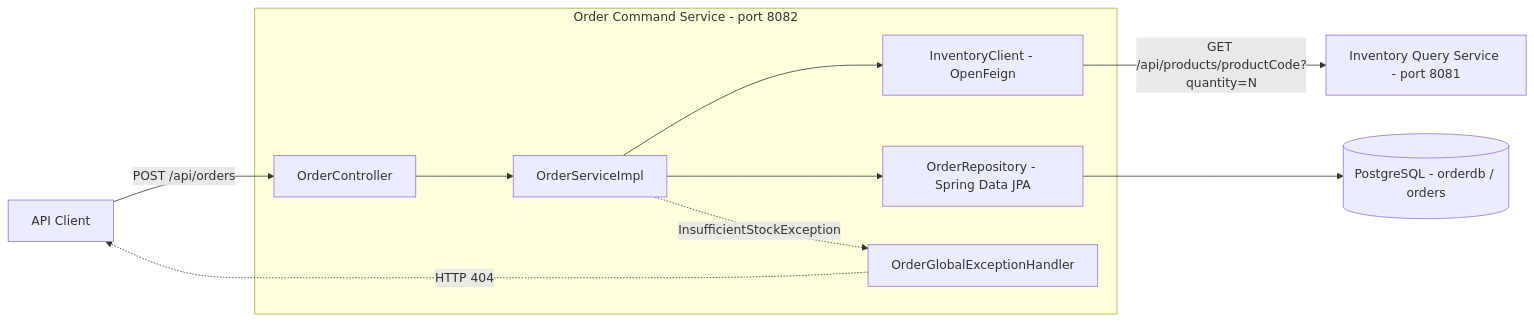
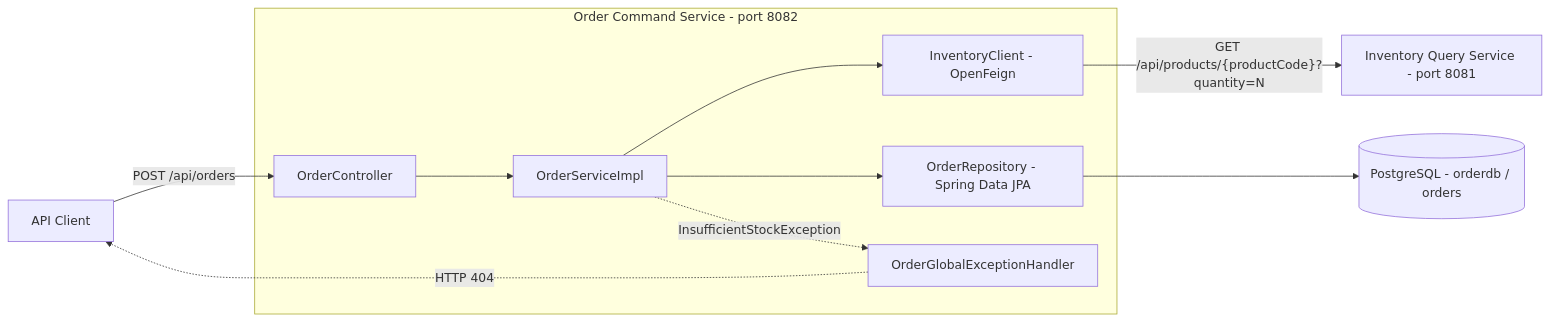
Before and after one commit to janandlead/Order-Command-Service: the first of 2 diagrams in README.md, drawn with Mermaid.

Commit message:
docs: fix architecture diagram Mermaid syntax

````diff
--- a/README.md
+++ b/README.md
@@ -22,14 +22,14 @@
 ```mermaid
 flowchart LR
-    Caller[API Client] -->|POST /api/orders| Controller[OrderController]
-    subgraph Order Command Service - port 8082
-        Controller --> Service[OrderServiceImpl]
-        Service --> Feign[InventoryClient - OpenFeign]
-        Service --> Repository[OrderRepository - Spring Data JPA]
-        Handler[OrderGlobalExceptionHandler]
-        Service -. InsufficientStockException .-> Handler
+    Caller["API Client"] -->|"POST /api/orders"| Controller["OrderController"]
+    subgraph OrderServiceApp ["Order Command Service - port 8082"]
+        Controller --> Service["OrderServiceImpl"]
+        Service --> Feign["InventoryClient - OpenFeign"]
+        Service --> Repository["OrderRepository - Spring Data JPA"]
+        Handler["OrderGlobalExceptionHandler"]
+        Service -.->|"InsufficientStockException"| Handler
     end
-    Feign -->|GET /api/products/productCode?quantity=N| Inventory[Inventory Query Service - port 8081]
-    Repository --> DB[(PostgreSQL - orderdb / orders)]
-    Handler -. HTTP 404 .-> Caller
+    Feign -->|"GET /api/products/{productCode}?quantity=N"| Inventory["Inventory Query Service - port 8081"]
+    Repository --> DB[("PostgreSQL - orderdb / orders")]
+    Handler -.->|"HTTP 404"| Caller
 ```
````
